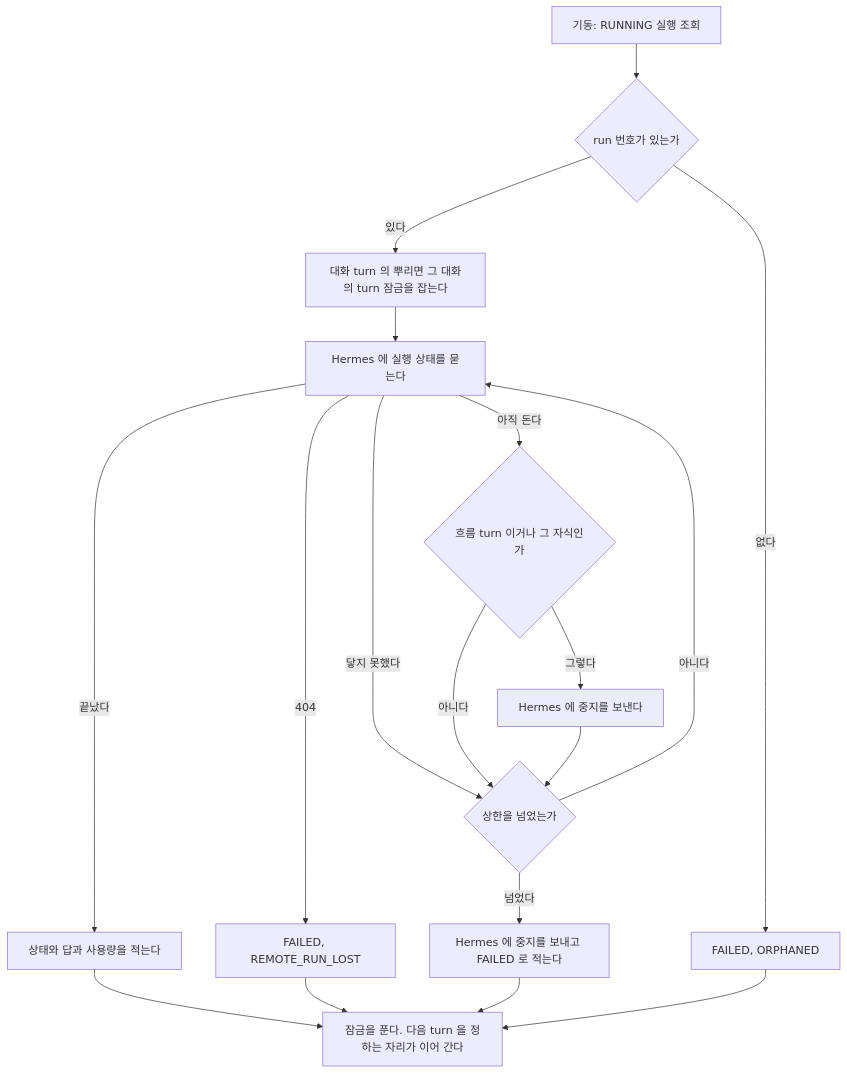
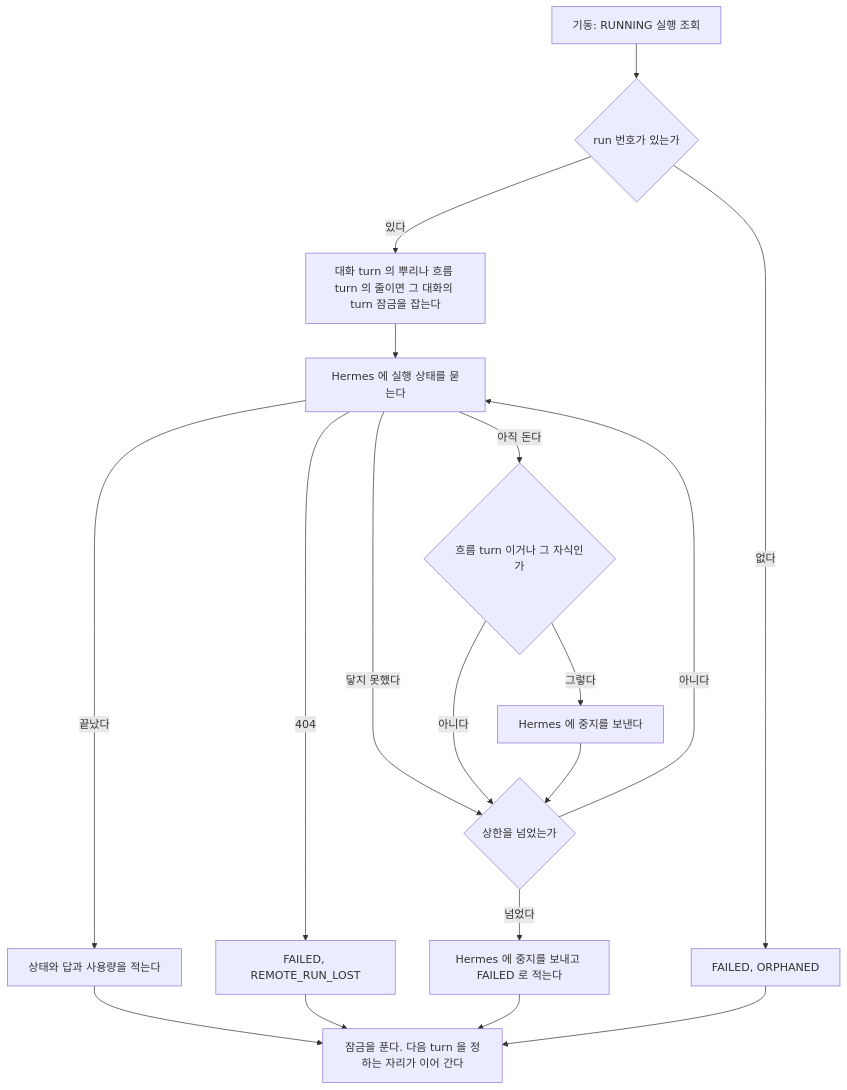
One commit to jon890/fos-assistant changed the first of 3 diagrams in docs/backend/turn-control.md. Above: the diagram before and after it, drawn with Mermaid. The commit also changed other lines of this file and 2 other files, not shown here.

Commit message:
fix(backend): 흐름 자식만 돌던 turn 이 정해지면 화면에 알리고 잡기가 거듭 실패해도 잡은 줄은 묻는다

````diff
--- a/docs/backend/turn-control.md
+++ b/docs/backend/turn-control.md
@@ -130,20 +130,20 @@
 ```mermaid
 flowchart TD
     A[기동: RUNNING 실행 조회] --> B{run 번호가 있는가}
     B -- 없다 --> O[FAILED, ORPHANED]
-    B -- 있다 --> C[대화 turn 의 뿌리면 그 대화의 turn 잠금을 잡는다]
+    B -- 있다 --> C[대화 turn 의 뿌리나 흐름 turn 의 줄이면 그 대화의 turn 잠금을 잡는다]
     C --> D[Hermes 에 실행 상태를 묻는다]
     D -- 끝났다 --> E[상태와 답과 사용량을 적는다]
     D -- 404 --> L[FAILED, REMOTE_RUN_LOST]
     D -- 닿지 못했다 --> W{상한을 넘었는가}
     D -- 아직 돈다 --> F{흐름 turn 이거나 그 자식인가}
     F -- 그렇다 --> S[Hermes 에 중지를 보낸다]
     F -- 아니다 --> W
     S --> W
     W -- 아니다 --> D
     W -- 넘었다 --> T[Hermes 에 중지를 보내고 FAILED 로 적는다]
     E --> R[잠금을 푼다. 다음 turn 을 정하는 자리가 이어 간다]
     L --> R
     T --> R
     O --> R
 ```
````
